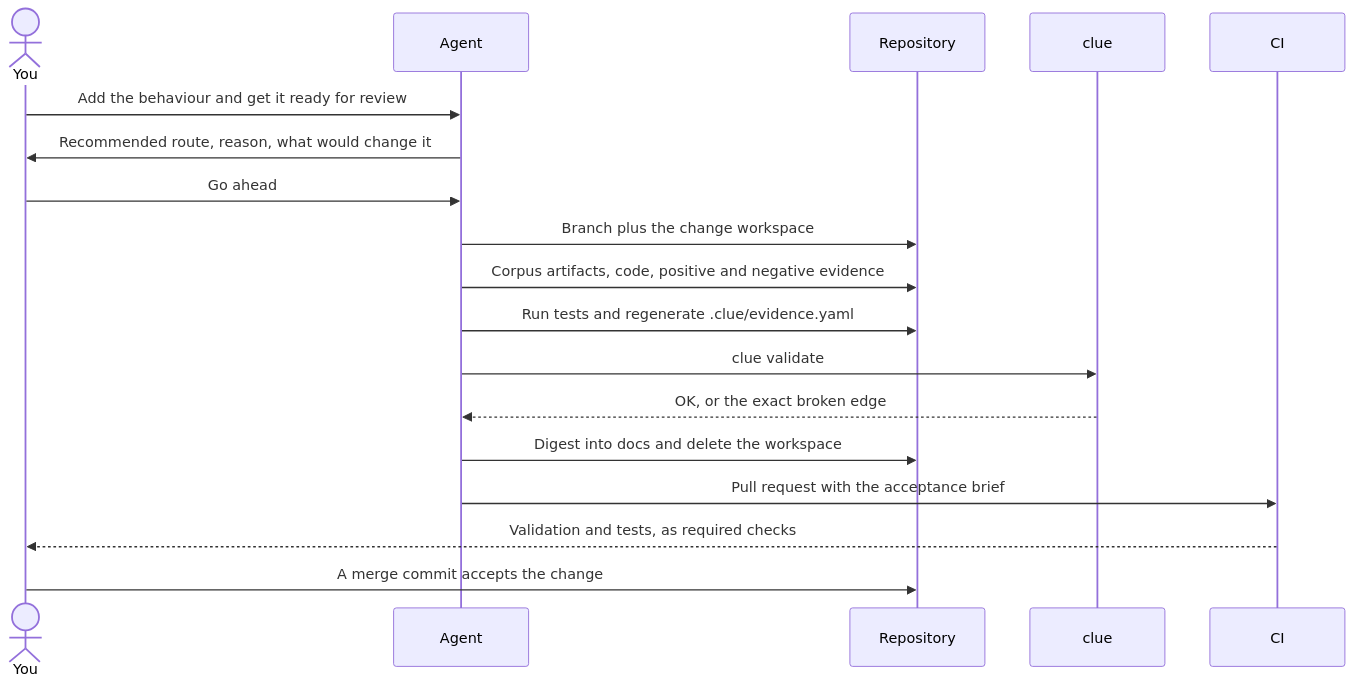
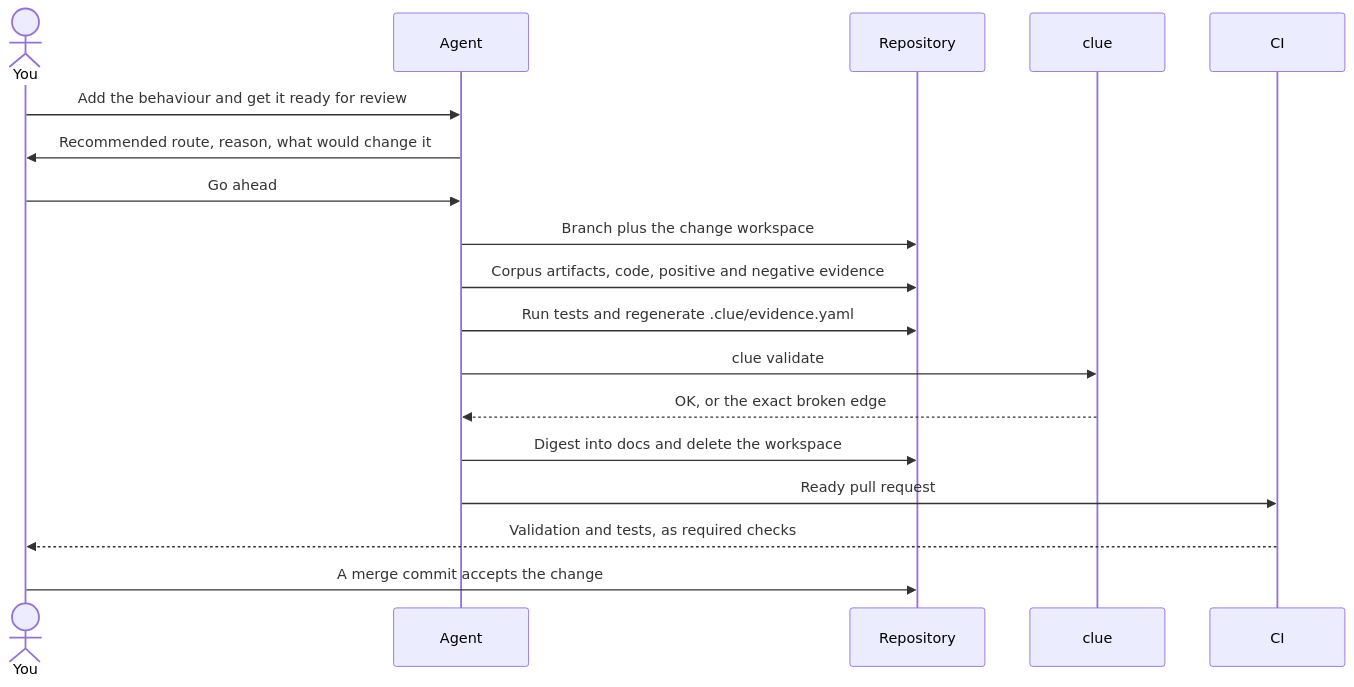
One commit to cliewen/cliewen changed the diagram in guide/first-change.md. Above: the diagram before and after it, drawn with Mermaid. The commit also changed other lines of this file and 73 other files, not shown here.

````diff
--- a/guide/first-change.md
+++ b/guide/first-change.md
@@ -12,20 +12,20 @@
 ```mermaid
 sequenceDiagram
   actor You
   participant Agent
   participant Repo as Repository
   participant Clue as clue
   participant CI
   You->>Agent: Add the behaviour and get it ready for review
   Agent->>You: Recommended route, reason, what would change it
   You->>Agent: Go ahead
   Agent->>Repo: Branch plus the change workspace
   Agent->>Repo: Corpus artifacts, code, positive and negative evidence
   Agent->>Repo: Run tests and regenerate .clue/evidence.yaml
   Agent->>Clue: clue validate
   Clue-->>Agent: OK, or the exact broken edge
   Agent->>Repo: Digest into docs and delete the workspace
-  Agent->>CI: Pull request with the acceptance brief
+  Agent->>CI: Ready pull request
   CI-->>You: Validation and tests, as required checks
   You->>Repo: A merge commit accepts the change
 ```
````
